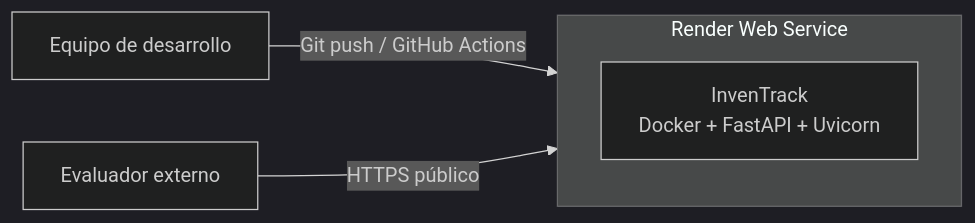
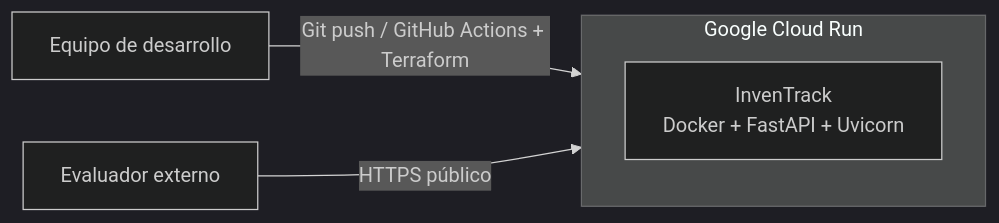
Before and after one commit to ISCOUTB/AS_202620_InvenTrack: the fifth of 7 diagrams in docs/arc42/arc42-template-EN.md, drawn with Mermaid (dark theme). The commit also changed other lines of this file and 10 other files, not shown here.

Commit message:
Refactor deployment process to use Google Cloud Run and Terraform; update documentation and remove Render configuration

````diff
--- a/docs/arc42/arc42-template-EN.md
+++ b/docs/arc42/arc42-template-EN.md
@@ -408,14 +408,14 @@
 ```mermaid
 flowchart LR
 
     DEV["Equipo de desarrollo"]
 
-    subgraph CLOUD["Render Web Service"]
+    subgraph CLOUD["Google Cloud Run"]
 
       APP["InvenTrack<br/>Docker + FastAPI + Uvicorn"]
 
     end
 
-    DEV -->|"Git push / GitHub Actions"| CLOUD
+    DEV -->|"Git push / GitHub Actions + Terraform"| CLOUD
     USER["Evaluador externo"] -->|"HTTPS público"| CLOUD
 ```
````
